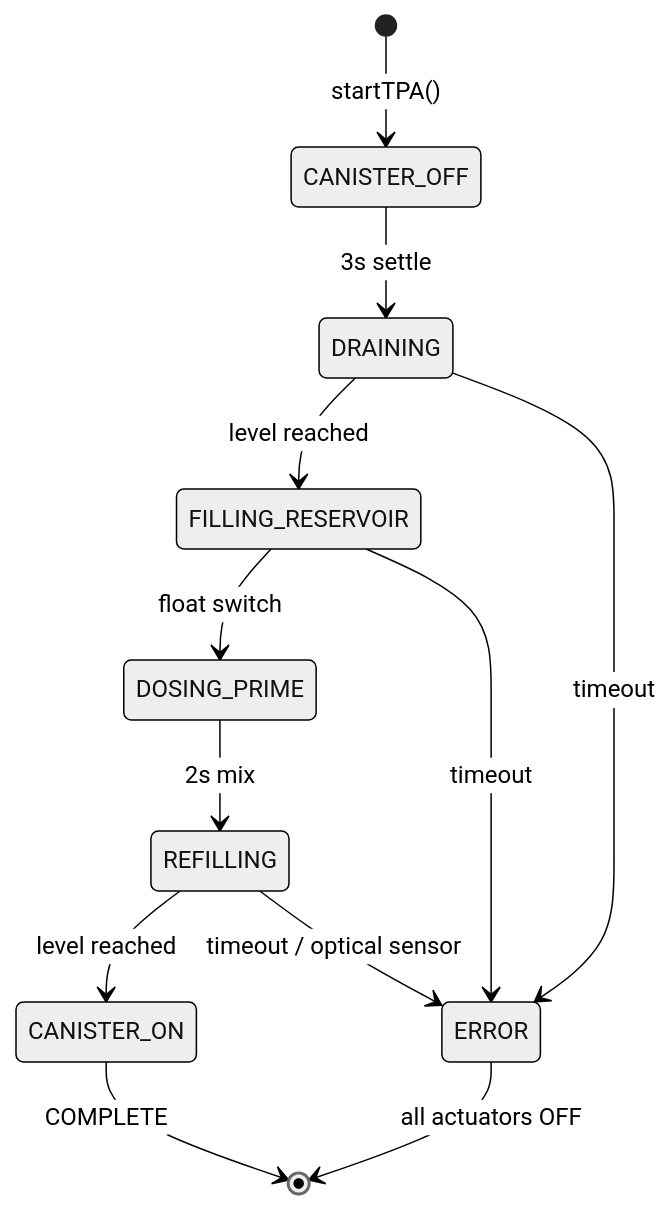
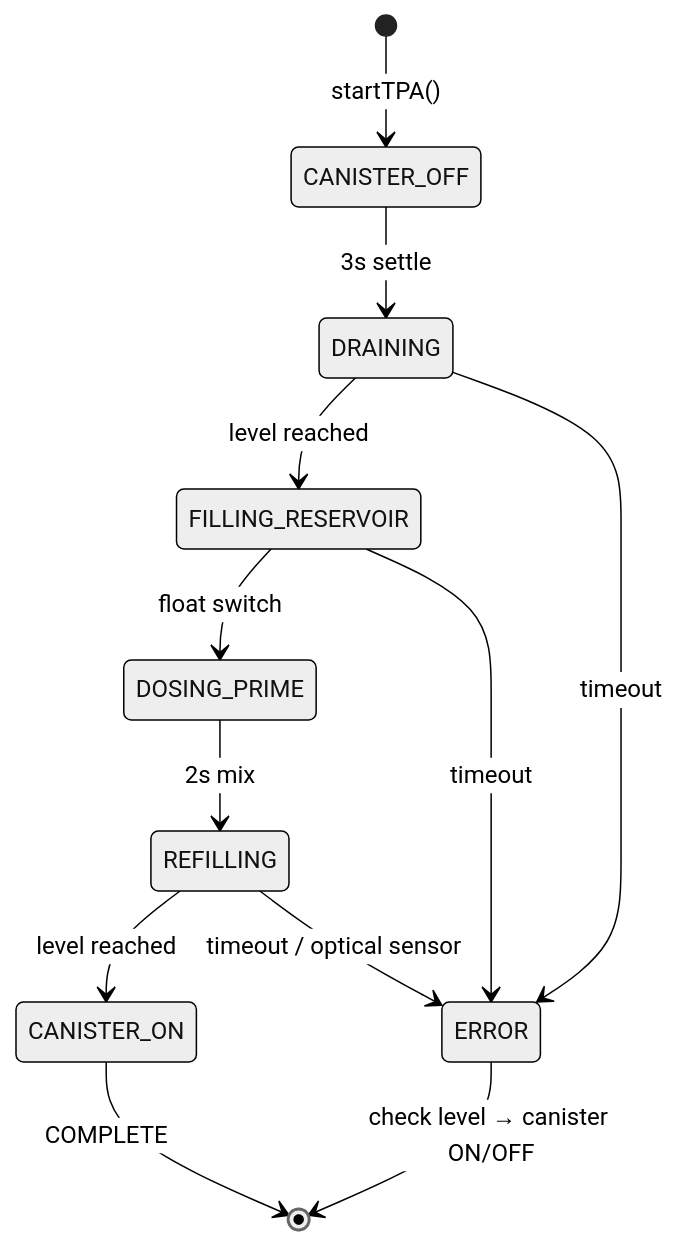
The first of 2 diagrams in README.md (PhilipeGatis/SATPAFERT), drawn with Mermaid (neutral theme) before and after one commit. The commit also changed other lines of this file and 3 other files, not shown here.

First line of the commit message:
fix: safe canister recovery on TPA error — check water level first

````diff
--- a/README.md
+++ b/README.md
@@ -73,15 +73,15 @@
 ```mermaid
 stateDiagram-v2
     [*] --> CANISTER_OFF: startTPA()
     CANISTER_OFF --> DRAINING: 3s settle
     DRAINING --> FILLING_RESERVOIR: level reached
     FILLING_RESERVOIR --> DOSING_PRIME: float switch
     DOSING_PRIME --> REFILLING: 2s mix
     REFILLING --> CANISTER_ON: level reached
     CANISTER_ON --> [*]: COMPLETE
 
     DRAINING --> ERROR: timeout
     FILLING_RESERVOIR --> ERROR: timeout
     REFILLING --> ERROR: timeout / optical sensor
-    ERROR --> [*]: all actuators OFF
+    ERROR --> [*]: check level → canister ON/OFF
 ```
````
